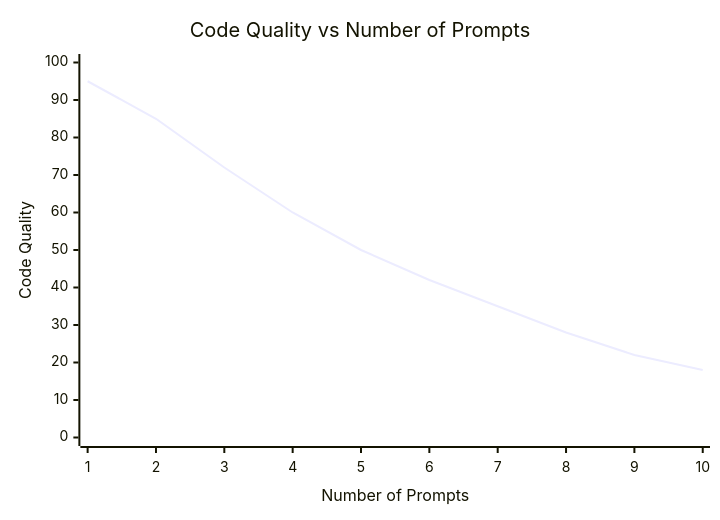
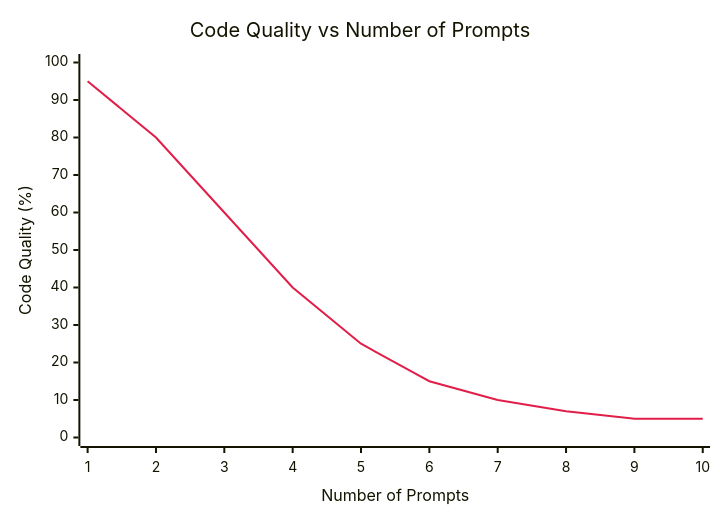
The fourth of 4 diagrams in content/drafts/045_my_agentic_development_workflow/index.md (wanderdust/newsletter), drawn with Mermaid before and after one commit. The commit also changed other lines of this file, not shown here.

```diff
--- a/content/drafts/045_my_agentic_development_workflow/index.md
+++ b/content/drafts/045_my_agentic_development_workflow/index.md
@@ -243,7 +202,8 @@
 {{< mermaid >}}
+%%{init: { 'theme': 'base', 'themeVariables': { 'xyChart': { 'plotColorPalette': '#e11d48' } } }}%%
 xychart-beta
     title "Code Quality vs Number of Prompts"
     x-axis "Number of Prompts" ["1", "2", "3", "4", "5", "6", "7", "8", "9", "10"]
-    y-axis "Code Quality" 0 --> 100
-    line [95, 85, 72, 60, 50, 42, 35, 28, 22, 18]
+    y-axis "Code Quality (%)" 0 --> 100
+    line [95, 80, 60, 40, 25, 15, 10, 7, 5, 5]
 {{< /mermaid >}}
```
